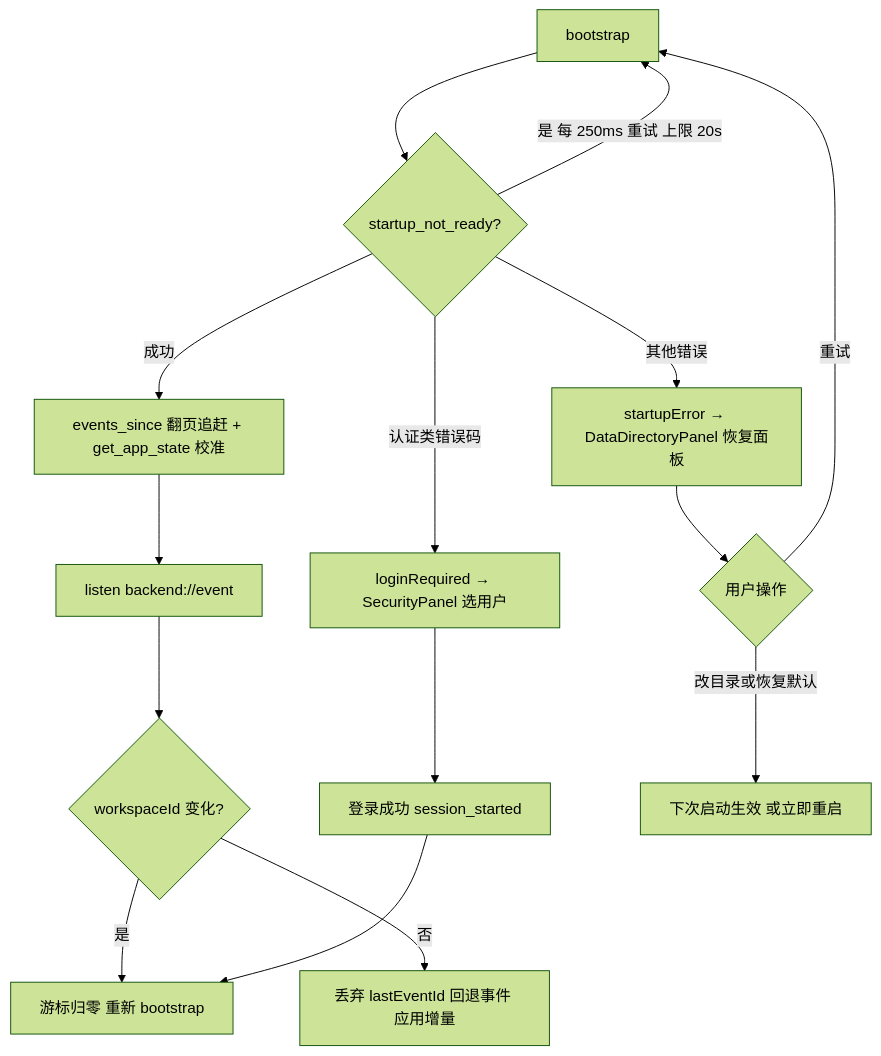
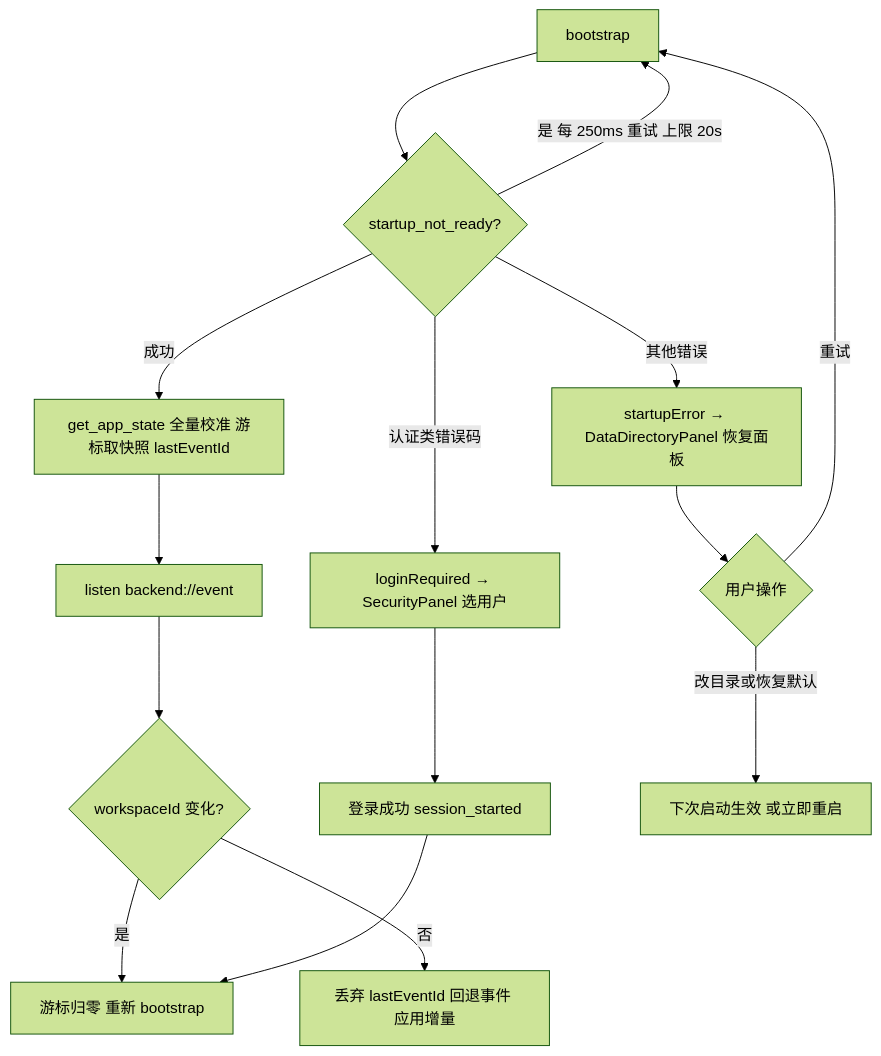
Diagram 22 of 23 in docs/architecture/02-operation-principles.md (hershate/Deep-tutor), drawn with Mermaid (forest theme) before and after one commit. The commit also changed other lines of this file and 6 other files, not shown here.

````diff
--- a/docs/architecture/02-operation-principles.md
+++ b/docs/architecture/02-operation-principles.md
@@ -587,17 +587,17 @@
 ```mermaid
 flowchart TD
     A[bootstrap] --> B{startup_not_ready?}
     B -->|是 每 250ms 重试 上限 20s| A
     B -->|认证类错误码| C[loginRequired → SecurityPanel 选用户]
     B -->|其他错误| D[startupError → DataDirectoryPanel 恢复面板]
-    B -->|成功| E[events_since 翻页追赶 + get_app_state 校准]
+    B -->|成功| E[get_app_state 全量校准 游标取快照 lastEventId]
     E --> F[listen backend://event]
     F --> G{workspaceId 变化?}
     G -->|是| H[游标归零 重新 bootstrap]
     G -->|否| I[丢弃 lastEventId 回退事件 应用增量]
     C --> J[登录成功 session_started]
     J --> H
     D --> K{用户操作}
     K -->|重试| A
     K -->|改目录或恢复默认| L[下次启动生效 或立即重启]
 ```
````
